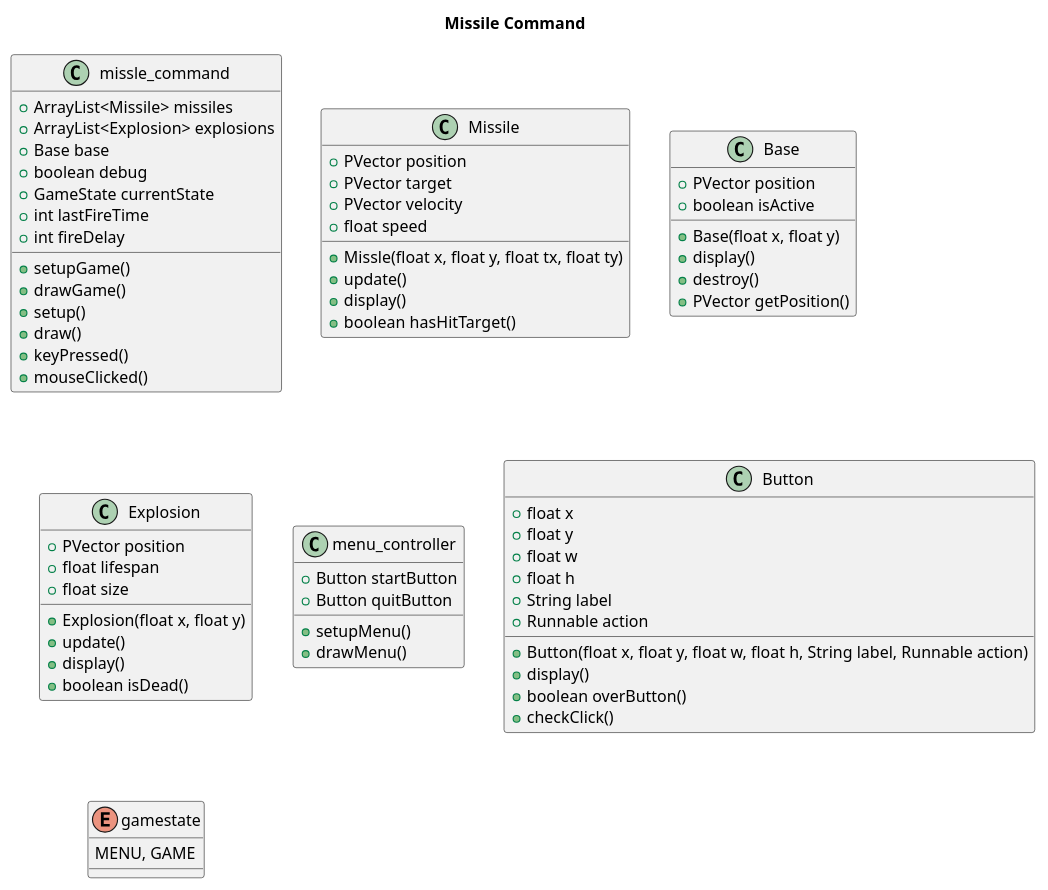
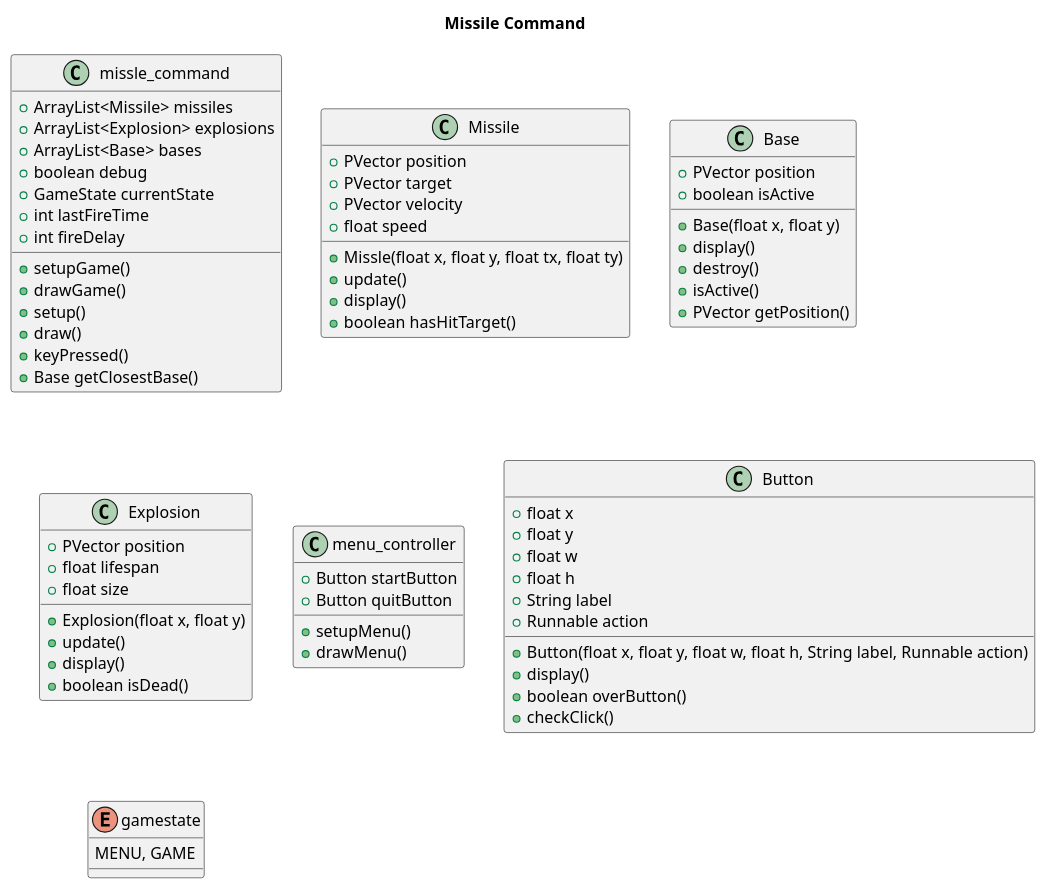
One commit to dangoodie/missile_command changed the diagram in UMLdiagram.puml. Above: the diagram before and after it, drawn with PlantUML.

Commit message:
Updating UML diagram

```diff
--- a/UMLdiagram.puml
+++ b/UMLdiagram.puml
@@ -1,72 +1,73 @@
 @startuml Missile Command
 title Missile Command
 
 class missle_command {
   +ArrayList<Missile> missiles
   +ArrayList<Explosion> explosions
-  +Base base
+  +ArrayList<Base> bases
   +boolean debug
   +GameState currentState
   +int lastFireTime
   +int fireDelay
   +setupGame()
   +drawGame()
   +setup()
   +draw()
   +keyPressed()
-  +mouseClicked()
+  +Base getClosestBase()
 }
 
 class Missile {
   +PVector position
   +PVector target
   +PVector velocity
   +float speed
   +Missle(float x, float y, float tx, float ty)
   +update()
   +display()
   +boolean hasHitTarget()
 }
 
 class Base {
   +PVector position
   +boolean isActive
   +Base(float x, float y)
   +display()
   +destroy()
+  +isActive()
   +PVector getPosition()
 }
 
 class Explosion {
   +PVector position
   +float lifespan
   +float size
   +Explosion(float x, float y)
   +update()
   +display()
   +boolean isDead()
 }
 
 class menu_controller {
   +Button startButton
   +Button quitButton
   +setupMenu()
   +drawMenu()
 }
 
 class Button {
   +float x
   +float y
   +float w
   +float h
   +String label
   +Runnable action
   +Button(float x, float y, float w, float h, String label, Runnable action)
   +display()
   +boolean overButton()
   +checkClick()
 }
 enum gamestate {
   MENU, GAME
 }
 @enduml
```
